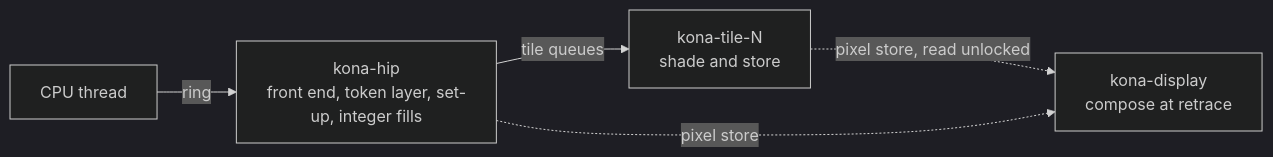
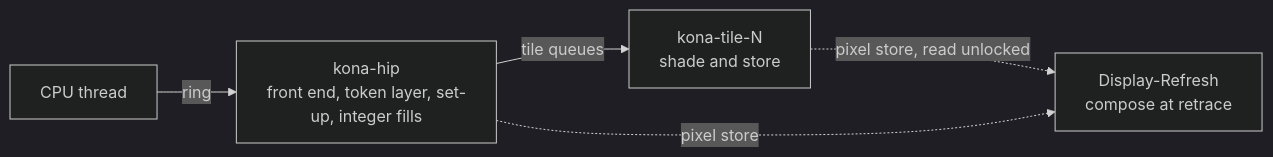
One commit to techomancer/iris changed the third of 3 diagrams in docs/graphics/kona.md. Above: the diagram before and after it, drawn with Mermaid (dark theme). The commit also changed other lines of this file and 8 other files, not shown here.

First line of the commit message:
docs: the display refresh thread

````diff
--- a/docs/graphics/kona.md
+++ b/docs/graphics/kona.md
@@ -76,7 +76,7 @@
 ```mermaid
 flowchart LR
   cpu["CPU thread"] -->|ring| hip["kona-hip<br/>front end, token layer, set-up, integer fills"]
   hip -->|tile queues| tile["kona-tile-N<br/>shade and store"]
-  tile -.->|pixel store, read unlocked| disp["kona-display<br/>compose at retrace"]
+  tile -.->|pixel store, read unlocked| disp["Display-Refresh<br/>compose at retrace"]
   hip -.->|pixel store| disp
 ```
````
